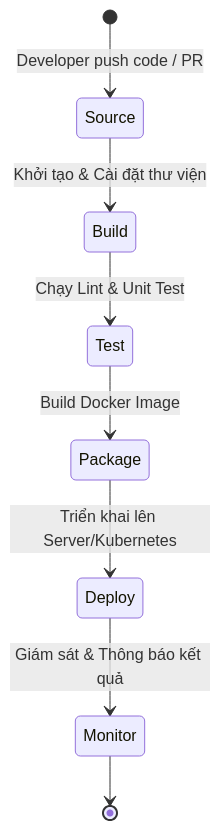
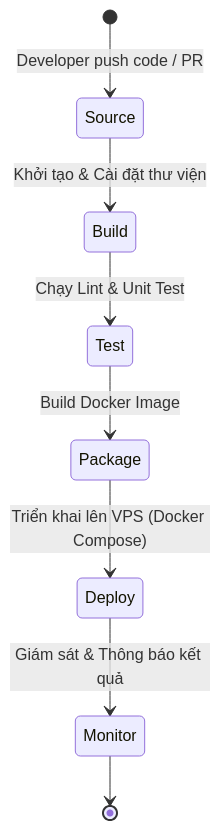
The second of 2 diagrams in documents/ci_cd_github_action/lý thuyết/1_ly_thuyet_cicd.md (Yamaaaaaaaa/VDT_miniproject_TranscriptHub), drawn with Mermaid before and after one commit. The commit also changed other lines of this file and 8 other files, not shown here.

````diff
--- a/documents/ci_cd_github_action/lý thuyết/1_ly_thuyet_cicd.md
+++ b/documents/ci_cd_github_action/lý thuyết/1_ly_thuyet_cicd.md
@@ -40,10 +40,10 @@
 ```mermaid
 stateDiagram-v2
     [*] --> Source: Developer push code / PR
     Source --> Build: Khởi tạo & Cài đặt thư viện
     Build --> Test: Chạy Lint & Unit Test
     Test --> Package: Build Docker Image
-    Package --> Deploy: Triển khai lên Server/Kubernetes
+    Package --> Deploy: Triển khai lên VPS (Docker Compose)
     Deploy --> Monitor: Giám sát & Thông báo kết quả
     Monitor --> [*]
 ```
````
